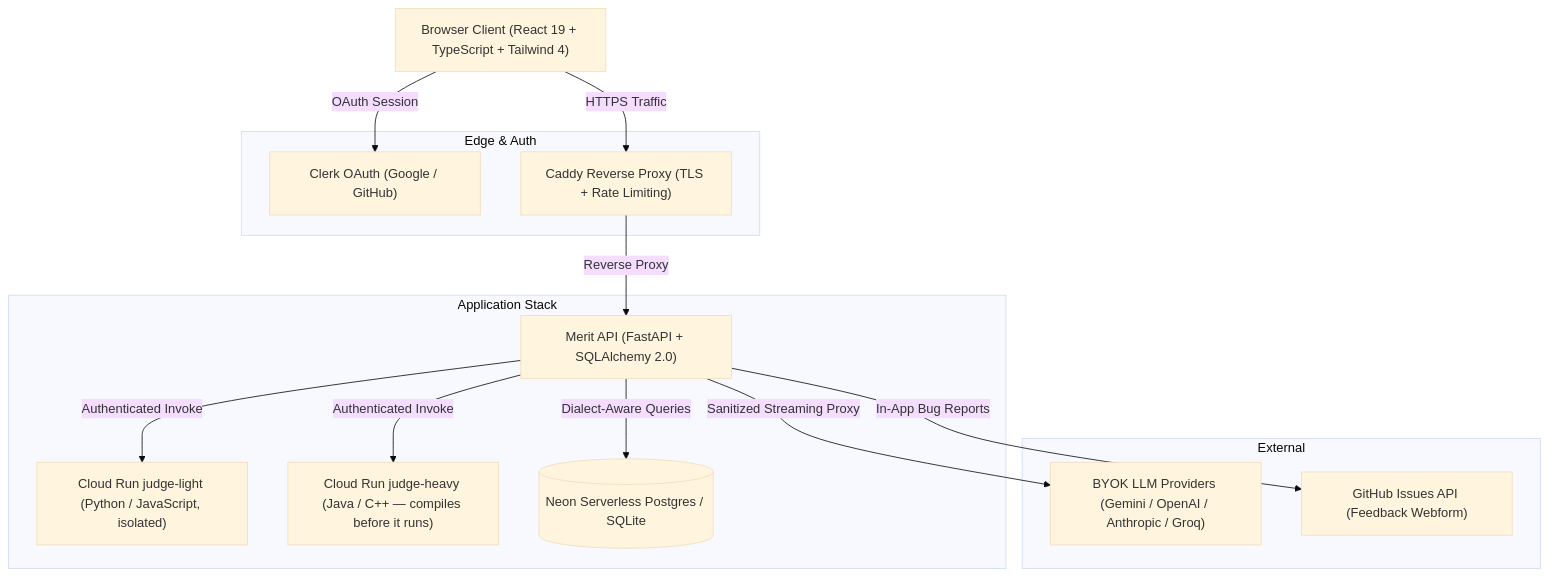
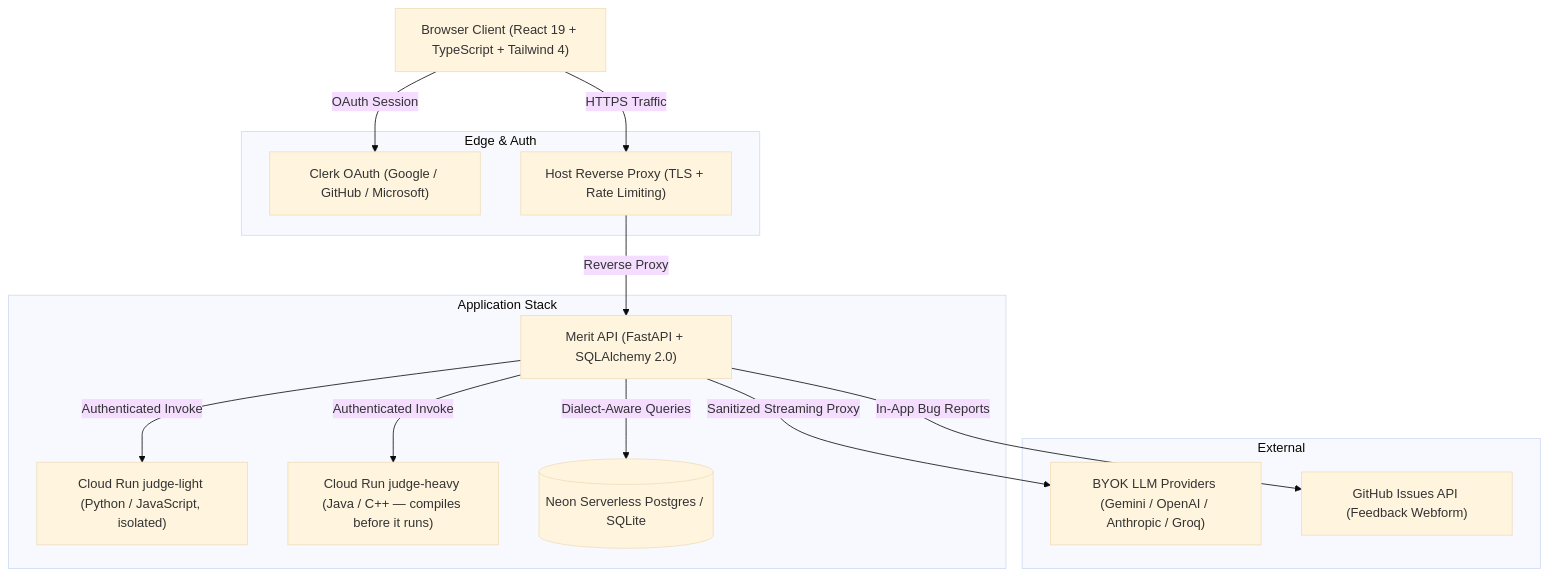
Before and after one commit to abhigyan-chatterjee/merit: the diagram in README.md, drawn with Mermaid (base theme). The commit also changed other lines of this file and 6 other files, not shown here.

````diff
--- a/README.md
+++ b/README.md
@@ -19,30 +19,30 @@
 ```mermaid
 graph TD
     Client["Browser Client (React 19 + TypeScript + Tailwind 4)"]
     
     subgraph Edge & Auth
-        Clerk["Clerk OAuth (Google / GitHub)"]
-        Caddy["Caddy Reverse Proxy (TLS + Rate Limiting)"]
+        Clerk["Clerk OAuth (Google / GitHub / Microsoft)"]
+        Edge["Host Reverse Proxy (TLS + Rate Limiting)"]
     end
     
     subgraph Application Stack
         API["Merit API (FastAPI + SQLAlchemy 2.0)"]
         JudgeLight["Cloud Run judge-light (Python / JavaScript, isolated)"]
         JudgeHeavy["Cloud Run judge-heavy (Java / C++ — compiles before it runs)"]
         DB[(Neon Serverless Postgres / SQLite)]
     end
     
     subgraph External
         LLM["BYOK LLM Providers (Gemini / OpenAI / Anthropic / Groq)"]
         GitHubAPI["GitHub Issues API (Feedback Webform)"]
     end
 
     Client -->|OAuth Session| Clerk
-    Client -->|HTTPS Traffic| Caddy
-    Caddy -->|Reverse Proxy| API
+    Client -->|HTTPS Traffic| Edge
+    Edge -->|Reverse Proxy| API
     API -->|Dialect-Aware Queries| DB
     API -->|Authenticated Invoke| JudgeLight
     API -->|Authenticated Invoke| JudgeHeavy
     API -->|Sanitized Streaming Proxy| LLM
     API -->|In-App Bug Reports| GitHubAPI
 ```
````
